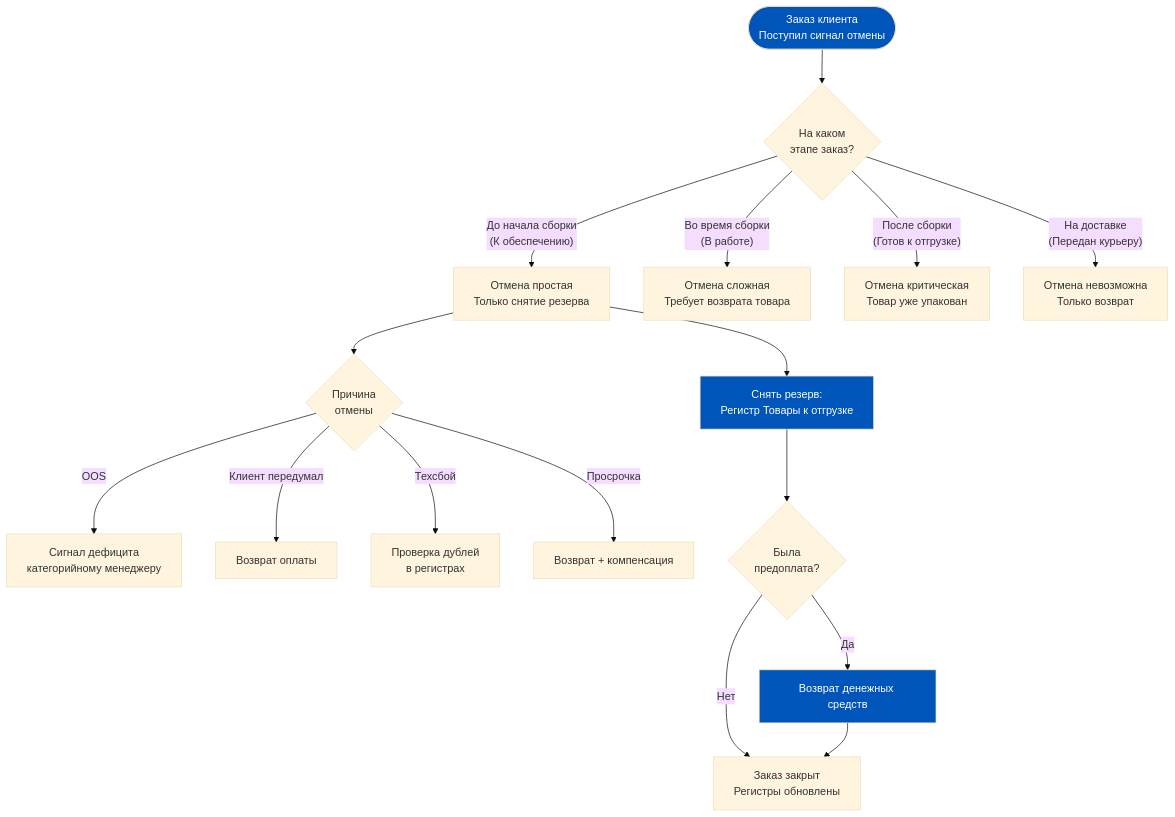
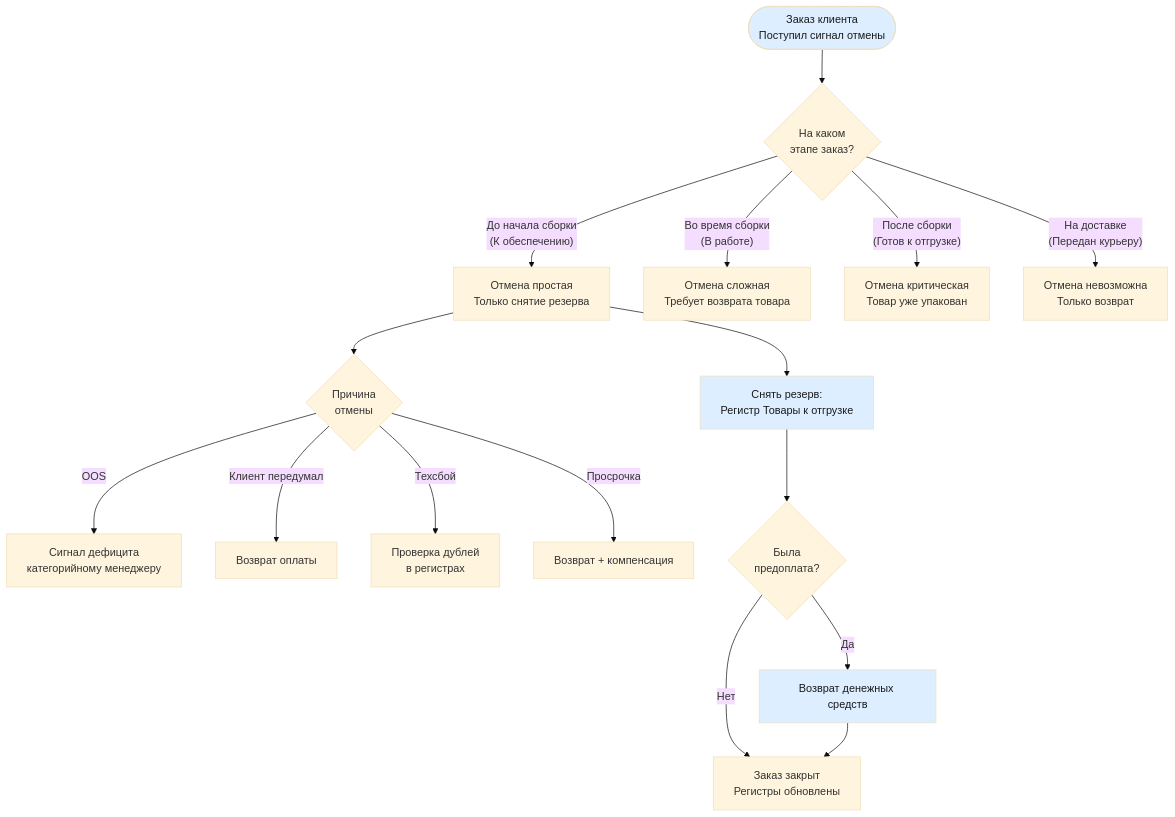
Before and after one commit to murad1986/1c-erp-quartz: the first of 6 diagrams in content/1c-erp/week_6/Неделя 6 - День 4 - Отмены и замены.md, drawn with Mermaid (base theme). The commit also changed other lines of this file and 57 other files, not shown here.

First line of the commit message:
fix: Mermaid — пастельные цвета в источниках диаграмм (56 файлов)

````diff
--- a/content/1c-erp/week_6/Неделя 6 - День 4 - Отмены и замены.md
+++ b/content/1c-erp/week_6/Неделя 6 - День 4 - Отмены и замены.md
@@ -73,25 +73,25 @@
 ```mermaid
 flowchart TD
     A([Заказ клиента<br/>Поступил сигнал отмены]) --> B{На каком<br/>этапе заказ?}
 
     B -- "До начала сборки<br/>(К обеспечению)" --> C[Отмена простая<br/>Только снятие резерва]
     B -- "Во время сборки<br/>(В работе)" --> D[Отмена сложная<br/>Требует возврата товара]
     B -- "После сборки<br/>(Готов к отгрузке)" --> E[Отмена критическая<br/>Товар уже упакован]
     B -- "На доставке<br/>(Передан курьеру)" --> F[Отмена невозможна<br/>Только возврат]
 
     C --> G{Причина<br/>отмены}
     G -- OOS --> H[Сигнал дефицита<br/>категорийному менеджеру]
     G -- "Клиент передумал" --> I[Возврат оплаты]
     G -- "Техсбой" --> J[Проверка дублей<br/>в регистрах]
     G -- "Просрочка" --> K[Возврат + компенсация]
 
     C --> L[Снять резерв:<br/>Регистр Товары к отгрузке]
     L --> M{Была<br/>предоплата?}
     M -- Да --> N[Возврат денежных средств]
     M -- Нет --> O[Заказ закрыт<br/>Регистры обновлены]
     N --> O
 
-    style A fill:#0055BB,color:#fff
-    style L fill:#0055BB,color:#fff
-    style N fill:#0055BB,color:#fff
+    style A fill:#dceeff,color:#1a1a1a
+    style L fill:#dceeff,color:#1a1a1a
+    style N fill:#dceeff,color:#1a1a1a
 ```
````
